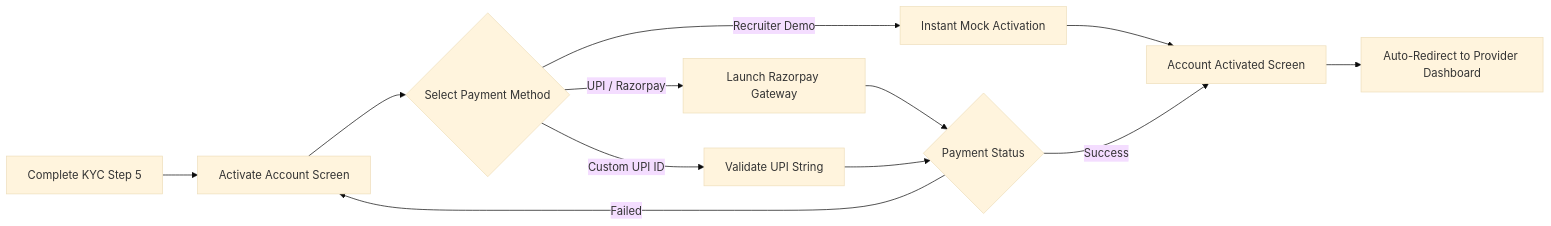
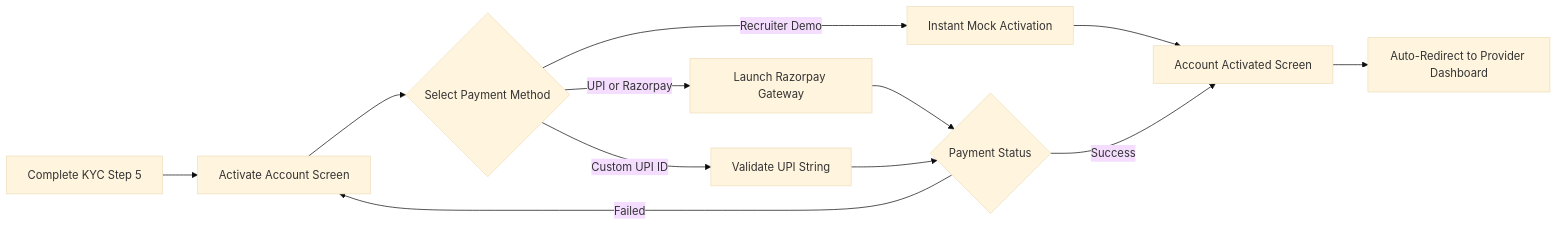
Before and after one commit to Prakhyat05/Fixora: the fourth of 4 diagrams in README.md, drawn with Mermaid (base theme). The commit also changed other lines of this file, not shown here.

Commit message:
docs: fix Mermaid diagram syntax for GitHub renderer compatibility

````diff
--- a/README.md
+++ b/README.md
@@ -174,15 +174,15 @@
 ```mermaid
 flowchart LR
-    A[Complete KYC Step 5] --> B[Activate Account Screen]
-    B --> C{Select Payment Method}
-    C -->|UPI / Razorpay| D[Launch Razorpay Gateway]
-    C -->|Custom UPI ID| E[Validate UPI String]
-    C -->|Recruiter Demo| F[Instant Mock Activation]
+    A["Complete KYC Step 5"] --> B["Activate Account Screen"]
+    B --> C{"Select Payment Method"}
+    C -->|UPI or Razorpay| D["Launch Razorpay Gateway"]
+    C -->|Custom UPI ID| E["Validate UPI String"]
+    C -->|Recruiter Demo| F["Instant Mock Activation"]
 
-    D --> G{Payment Status}
+    D --> G{"Payment Status"}
     E --> G
-    F --> H[Account Activated Screen]
+    F --> H["Account Activated Screen"]
     G -->|Success| H
     G -->|Failed| B
-    H --> I[Auto-Redirect to Provider Dashboard]
+    H --> I["Auto-Redirect to Provider Dashboard"]
 ```
````
